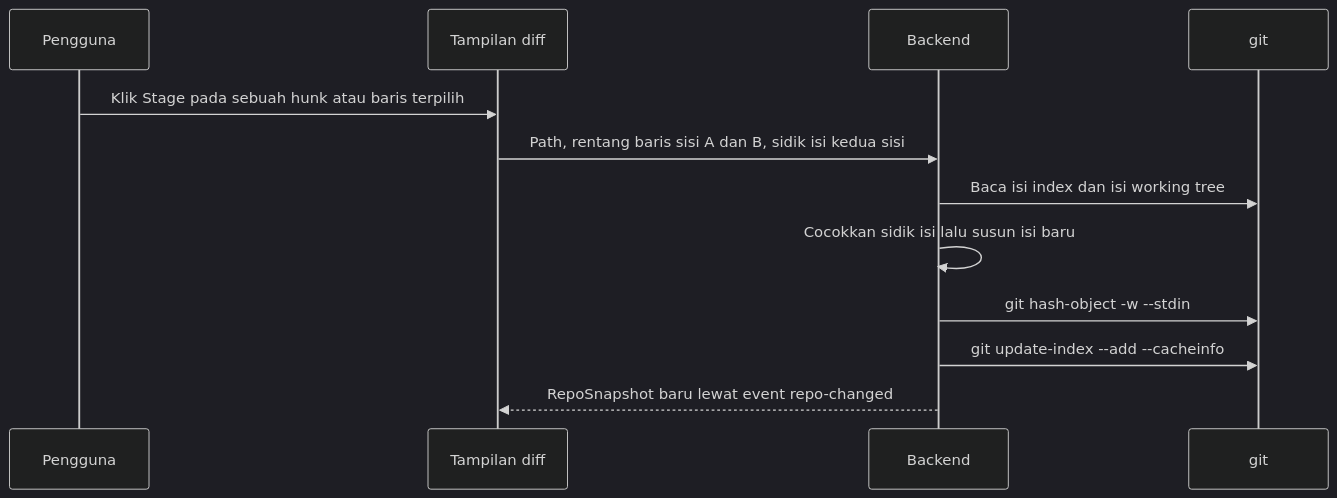
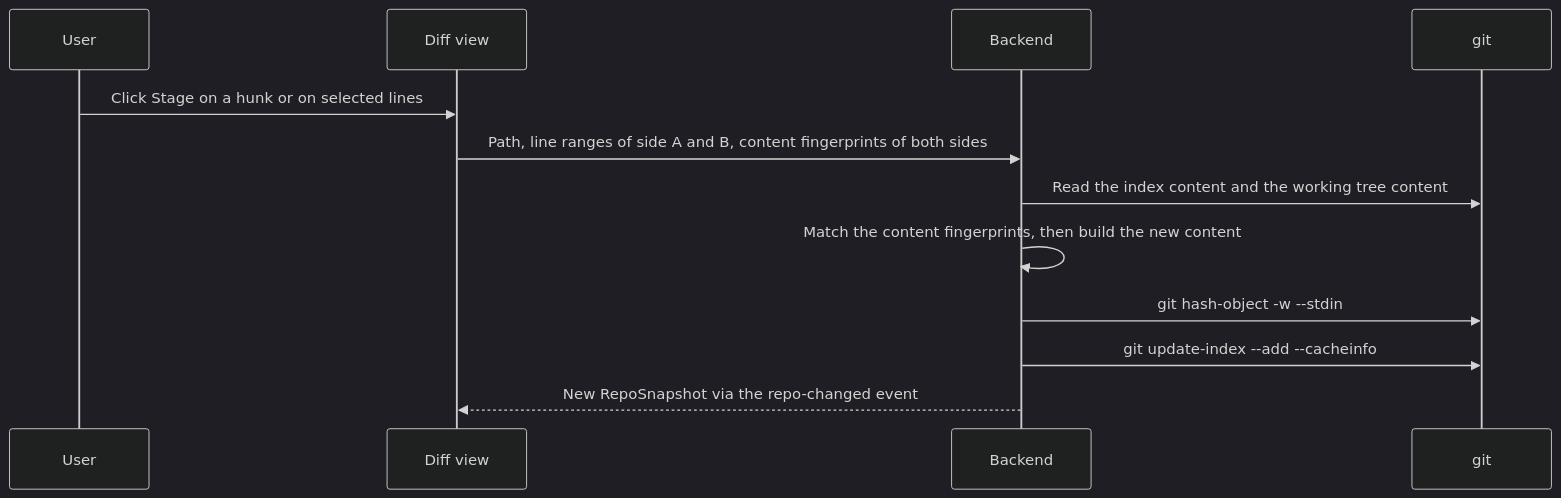
The third of 6 diagrams in docs/archive/DESIGN-v0.2-tauri.md (OkkyRoyDirgantara/oncode), drawn with Mermaid (dark theme) before and after one commit. The commit also changed other lines of this file and 240 other files, not shown here.

````diff
--- a/docs/archive/DESIGN-v0.2-tauri.md
+++ b/docs/archive/DESIGN-v0.2-tauri.md
@@ -712,15 +712,15 @@
 ```mermaid
 sequenceDiagram
-    participant U as Pengguna
-    participant D as Tampilan diff
+    participant U as User
+    participant D as Diff view
     participant B as Backend
     participant G as git
 
-    U->>D: Klik Stage pada sebuah hunk atau baris terpilih
-    D->>B: Path, rentang baris sisi A dan B, sidik isi kedua sisi
-    B->>G: Baca isi index dan isi working tree
-    B->>B: Cocokkan sidik isi lalu susun isi baru
+    U->>D: Click Stage on a hunk or on selected lines
+    D->>B: Path, line ranges of side A and B, content fingerprints of both sides
+    B->>G: Read the index content and the working tree content
+    B->>B: Match the content fingerprints, then build the new content
     B->>G: git hash-object -w --stdin
     B->>G: git update-index --add --cacheinfo
-    B-->>D: RepoSnapshot baru lewat event repo-changed
+    B-->>D: New RepoSnapshot via the repo-changed event
 ```
````
